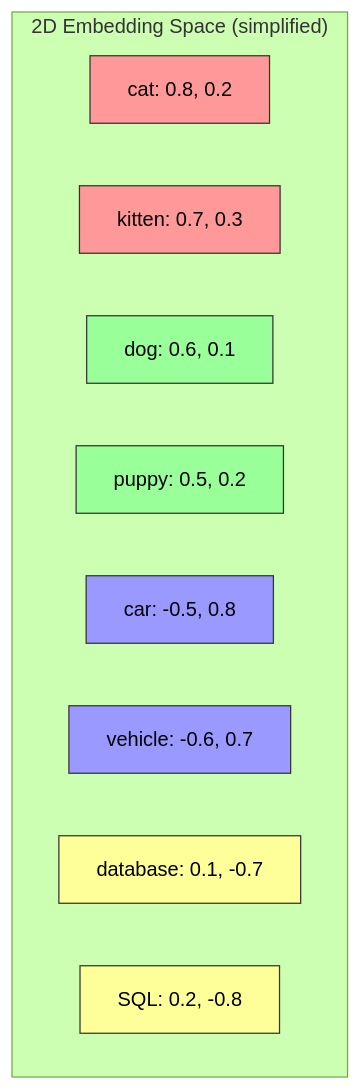
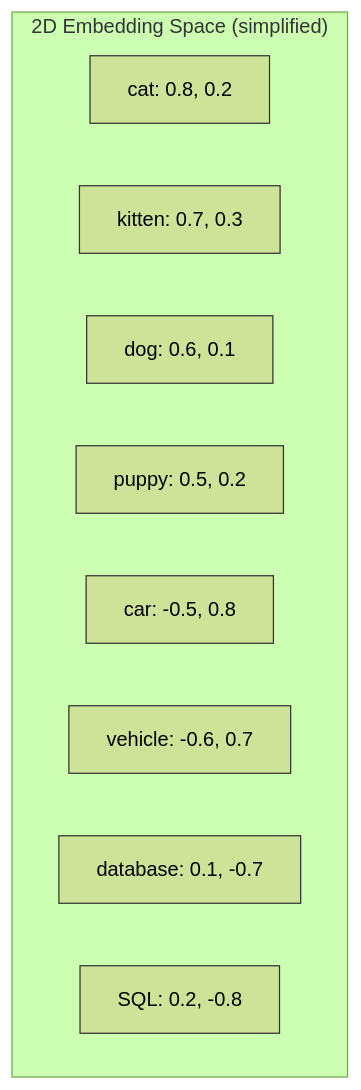
The first of 6 diagrams in Mostlylucid/Markdown/building-a-lawyer-gpt-for-your-blog-part3.md (Shaddix/mostlylucidweb), drawn with Mermaid (forest theme) before and after one commit. The commit also changed other lines of this file and 7 other files, not shown here.

First line of the commit message:
Update Mermaid diagrams in Lawyer GPT series for dark mode compatibility

````diff
--- a/Mostlylucid/Markdown/building-a-lawyer-gpt-for-your-blog-part3.md
+++ b/Mostlylucid/Markdown/building-a-lawyer-gpt-for-your-blog-part3.md
@@ -24,22 +24,23 @@
 ```mermaid
 graph TD
     subgraph "2D Embedding Space (simplified)"
         A[cat: 0.8, 0.2]
         B[kitten: 0.7, 0.3]
         C[dog: 0.6, 0.1]
         D[puppy: 0.5, 0.2]
         E[car: -0.5, 0.8]
         F[vehicle: -0.6, 0.7]
         G[database: 0.1, -0.7]
         H[SQL: 0.2, -0.8]
     end
 
-    style A fill:#f99,stroke:#333
-    style B fill:#f99,stroke:#333
-    style C fill:#9f9,stroke:#333
-    style D fill:#9f9,stroke:#333
-    style E fill:#99f,stroke:#333
-    style F fill:#99f,stroke:#333
-    style G fill:#ff9,stroke:#333
-    style H fill:#ff9,stroke:#333
+    class A,B cats
+    class C,D dogs
+    class E,F vehicles
+    class G,H tech
+
+    classDef cats stroke:#333
+    classDef dogs stroke:#333
+    classDef vehicles stroke:#333
+    classDef tech stroke:#333
 ```
````
